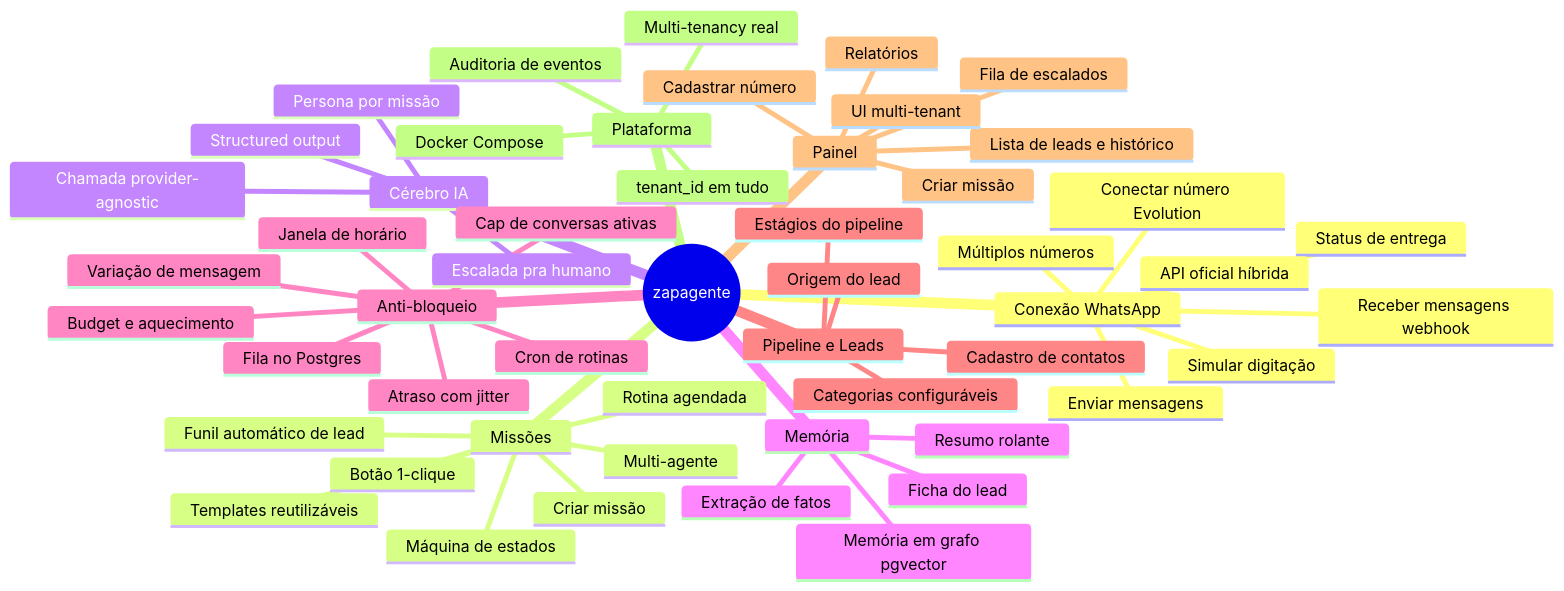
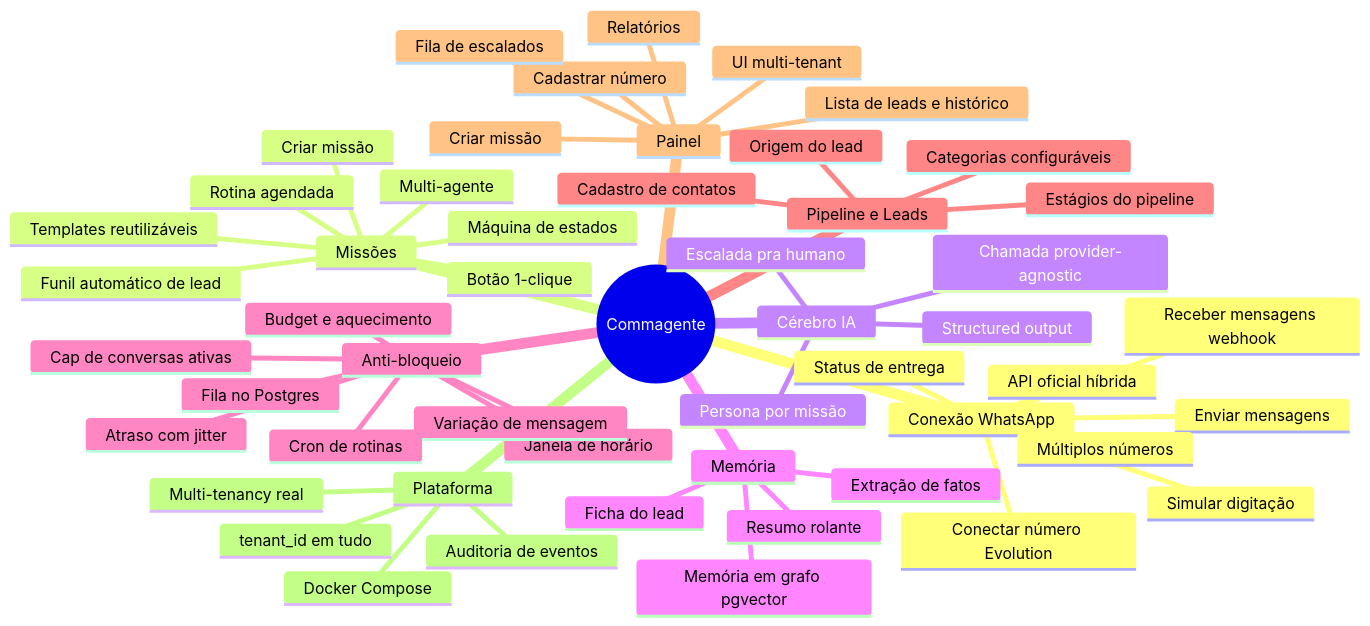
Before and after one commit to pethrus07/commagente: the second of 3 diagrams in docs/ROADMAP.md, drawn with Mermaid. The commit also changed other lines of this file and 15 other files, not shown here.

First line of the commit message:
chore(brand): produto renomeado zapagente -> Commagente (decidido 2026-07-28)

````diff
--- a/docs/ROADMAP.md
+++ b/docs/ROADMAP.md
@@ -40,55 +40,55 @@
 ```mermaid
 mindmap
-  root((zapagente))
+  root((Commagente))
     Conexão WhatsApp
       Conectar número Evolution
       Receber mensagens webhook
       Enviar mensagens
       Status de entrega
       Simular digitação
       Múltiplos números
       API oficial híbrida
     Missões
       Criar missão
       Máquina de estados
       Templates reutilizáveis
       Botão 1-clique
       Rotina agendada
       Funil automático de lead
       Multi-agente
     Cérebro IA
       Chamada provider-agnostic
       Structured output
       Persona por missão
       Escalada pra humano
     Memória
       Ficha do lead
       Extração de fatos
       Resumo rolante
       Memória em grafo pgvector
     Anti-bloqueio
       Fila no Postgres
       Budget e aquecimento
       Janela de horário
       Cap de conversas ativas
       Atraso com jitter
       Variação de mensagem
       Cron de rotinas
     Pipeline e Leads
       Cadastro de contatos
       Estágios do pipeline
       Categorias configuráveis
       Origem do lead
     Painel
       Cadastrar número
       Criar missão
       Lista de leads e histórico
       Fila de escalados
       Relatórios
       UI multi-tenant
     Plataforma
       Docker Compose
       tenant_id em tudo
       Auditoria de eventos
       Multi-tenancy real
 ```
````
